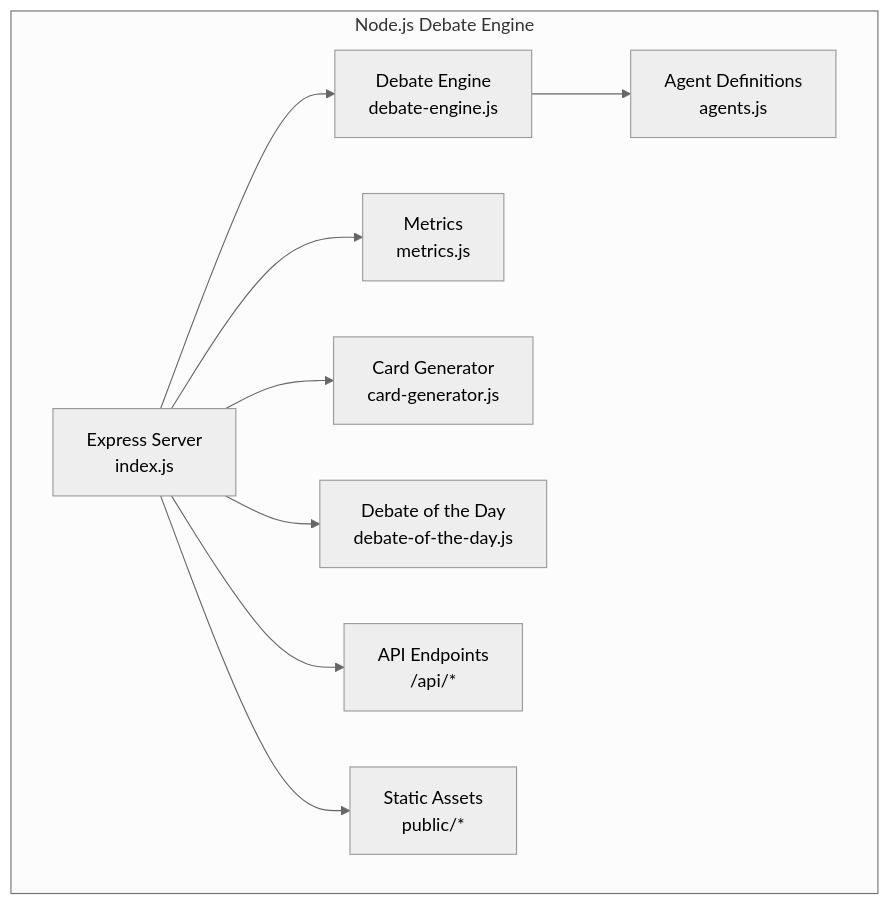
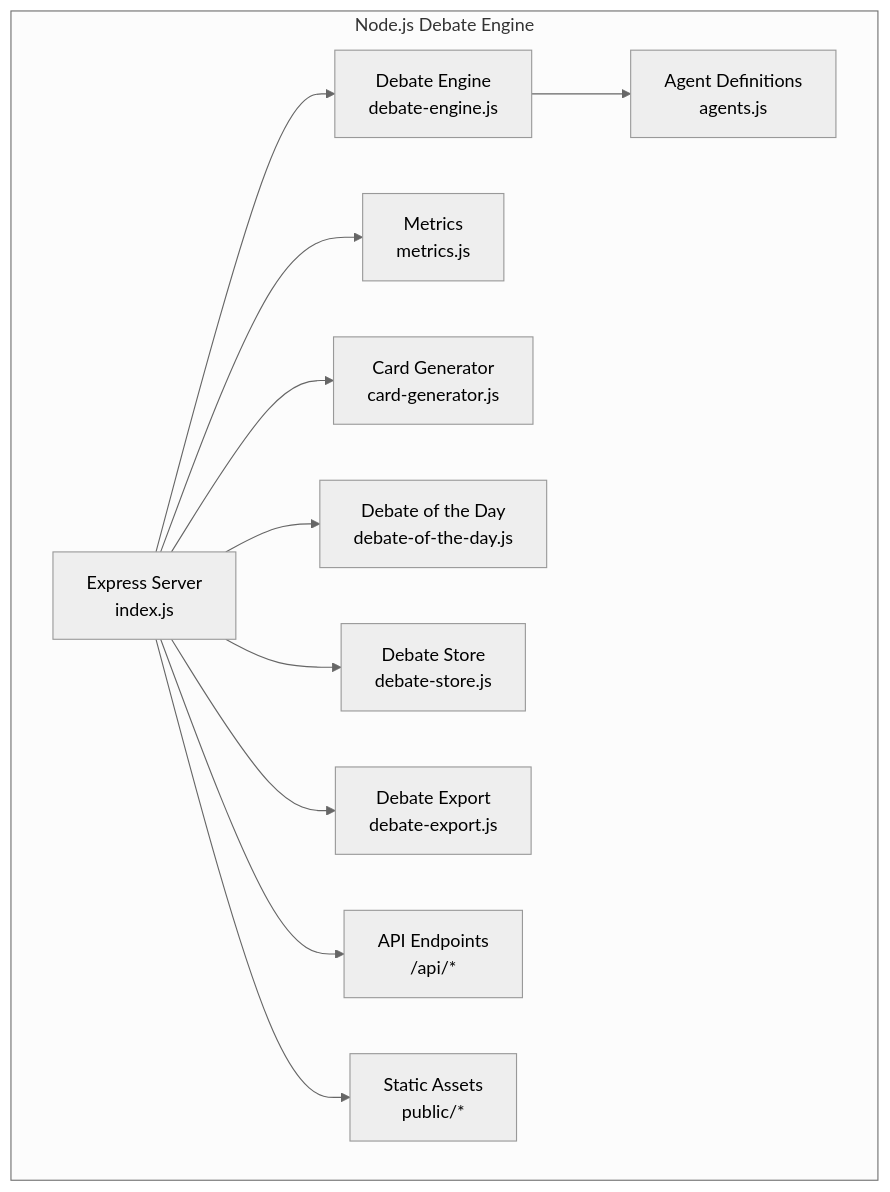
The first of 3 diagrams in .qoder/repowiki/en/content/Research & Discussion Platform/Discussion API Endpoints.md (RunTimeAdmin/tri-ai), drawn with Mermaid (neutral theme) before and after one commit. The commit also changed other lines of this file and 139 other files, not shown here.

````diff
--- a/.qoder/repowiki/en/content/Research & Discussion Platform/Discussion API Endpoints.md
+++ b/.qoder/repowiki/en/content/Research & Discussion Platform/Discussion API Endpoints.md
@@ -54,20 +60,24 @@
 ```mermaid
 graph TB
 subgraph "Node.js Debate Engine"
 NODE_INDEX["Express Server<br/>index.js"]
 NODE_DEBATE["Debate Engine<br/>debate-engine.js"]
 NODE_AGENTS["Agent Definitions<br/>agents.js"]
 NODE_METRICS["Metrics<br/>metrics.js"]
 NODE_CARD["Card Generator<br/>card-generator.js"]
 NODE_DOTD["Debate of the Day<br/>debate-of-the-day.js"]
+NODE_STORE["Debate Store<br/>debate-store.js"]
+NODE_EXPORT["Debate Export<br/>debate-export.js"]
 ENDPOINTS["API Endpoints<br/>/api/*"]
 STATIC["Static Assets<br/>public/*"]
 end
 NODE_INDEX --> NODE_DEBATE
 NODE_DEBATE --> NODE_AGENTS
 NODE_INDEX --> NODE_METRICS
 NODE_INDEX --> NODE_CARD
 NODE_INDEX --> NODE_DOTD
+NODE_INDEX --> NODE_STORE
+NODE_INDEX --> NODE_EXPORT
 NODE_INDEX --> ENDPOINTS
 NODE_INDEX --> STATIC
 ```
````
